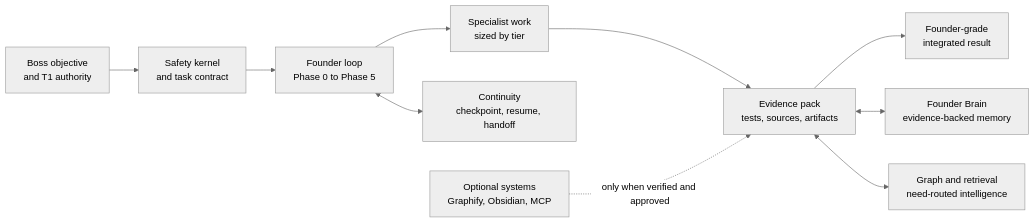
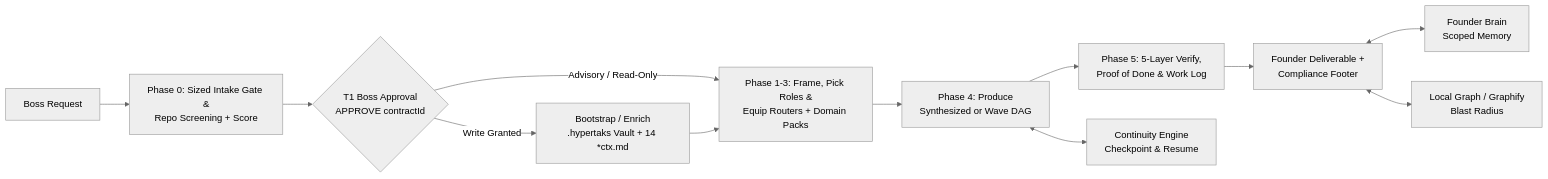
One commit to aabrur/hypertaks-agent changed the diagram in README.md. Above: the diagram before and after it, drawn with Mermaid (neutral theme). The commit also changed other lines of this file and 2 other files, not shown here.

````diff
--- a/README.md
+++ b/README.md
@@ -42,17 +126,15 @@
 ```mermaid
 flowchart LR
-    B[Boss objective<br/>and T1 authority]
-    G[Safety kernel<br/>and task contract]
-    F[Founder loop<br/>Phase 0 to Phase 5]
-    S[Specialist work<br/>sized by tier]
-    E[Evidence pack<br/>tests, sources, artifacts]
-    D[Founder-grade<br/>integrated result]
+    U[Boss Request] --> P0[Phase 0: Sized Intake Gate &<br/>Repo Screening + Score]
+    P0 --> T1{T1 Boss Approval<br/>APPROVE contractId}
+    T1 -->|Advisory / Read-Only| P1[Phase 1-3: Frame, Pick Roles &<br/>Equip Routers + Domain Packs]
+    T1 -->|Write Granted| POC[Bootstrap / Enrich<br/>.hypertaks Vault + 14 *ctx.md]
+    POC --> P1
+    P1 --> P4[Phase 4: Produce<br/>Synthesized or Wave DAG]
+    P4 --> P5[Phase 5: 5-Layer Verify,<br/>Proof of Done & Work Log]
+    P5 --> R[Founder Deliverable +<br/>Compliance Footer]
 
-    B --> G --> F --> S --> E --> D
-
-    E <--> M[Founder Brain<br/>evidence-backed memory]
-    E <--> R[Graph and retrieval<br/>need-routed intelligence]
-    F <--> C[Continuity<br/>checkpoint, resume, handoff]
-
-    O[Optional systems<br/>Graphify, Obsidian, MCP] -. only when verified and approved .-> E
+    R <--> B[Founder Brain<br/>Scoped Memory]
+    R <--> G[Local Graph / Graphify<br/>Blast Radius]
+    P4 <--> C[Continuity Engine<br/>Checkpoint & Resume]
 ```
````
